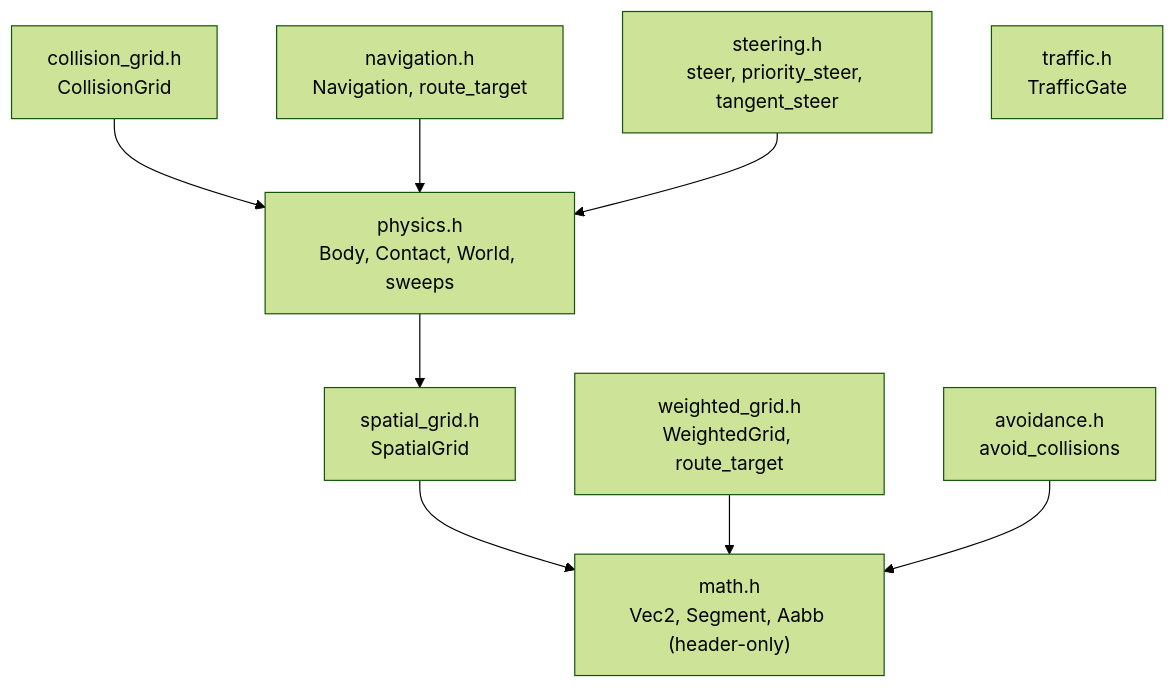
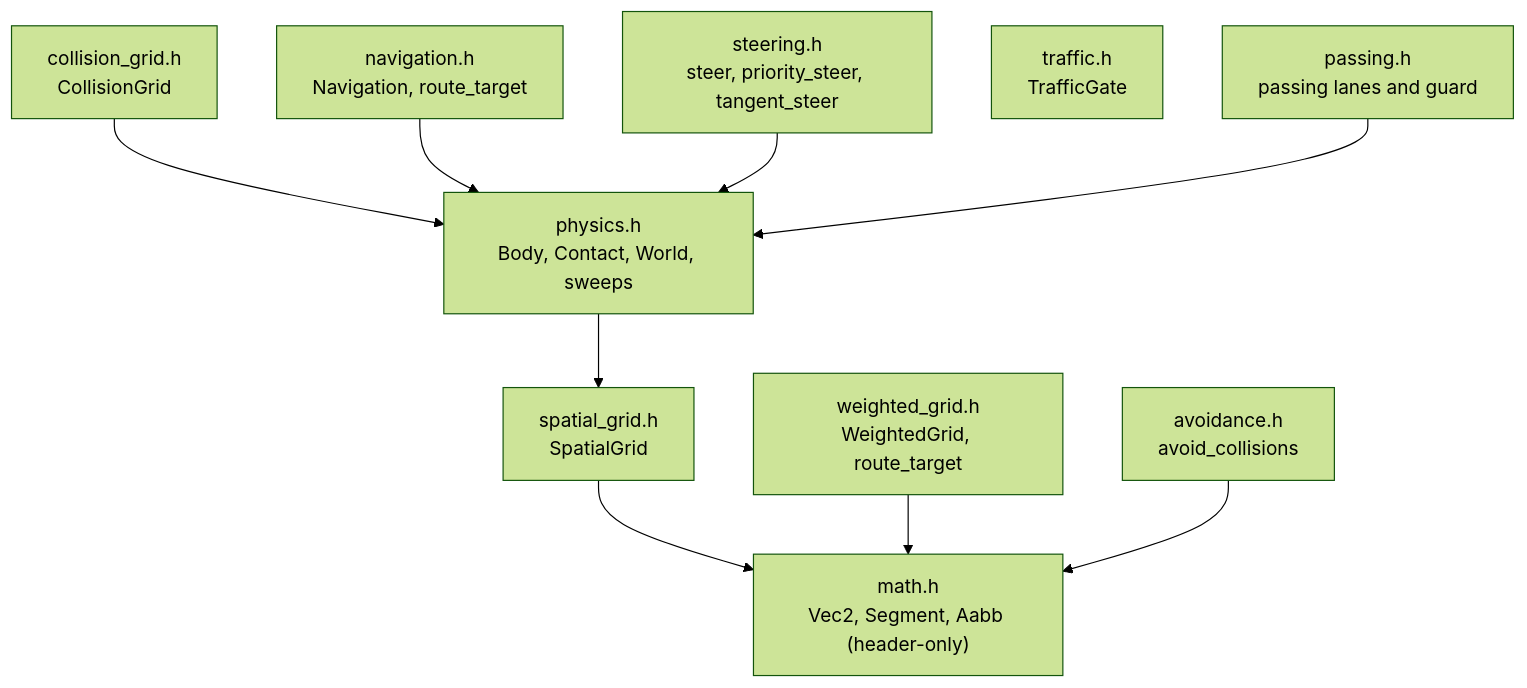
The first of 2 diagrams in src/simulation/README.md (SMB-M87/Kinetra), drawn with Mermaid (forest theme) before and after one commit. The commit also changed other lines of this file and 14 other files, not shown here.

````diff
--- a/src/simulation/README.md
+++ b/src/simulation/README.md
@@ -41,19 +41,21 @@
 ```mermaid
 flowchart TD
     Math["math.h<br/>Vec2, Segment, Aabb (header-only)"]
     Grid["spatial_grid.h<br/>SpatialGrid"]
     Physics["physics.h<br/>Body, Contact, World, sweeps"]
     CGrid["collision_grid.h<br/>CollisionGrid"]
     Nav["navigation.h<br/>Navigation, route_target"]
     WGrid["weighted_grid.h<br/>WeightedGrid, route_target"]
     Steer["steering.h<br/>steer, priority_steer, tangent_steer"]
     Avoid["avoidance.h<br/>avoid_collisions"]
     Traffic["traffic.h<br/>TrafficGate"]
+    Passing["passing.h<br/>passing lanes and guard"]
     Grid --> Math
     Physics --> Grid
     CGrid --> Physics
     Nav --> Physics
     Steer --> Physics
     WGrid --> Math
     Avoid --> Math
+    Passing --> Physics
 ```
````
